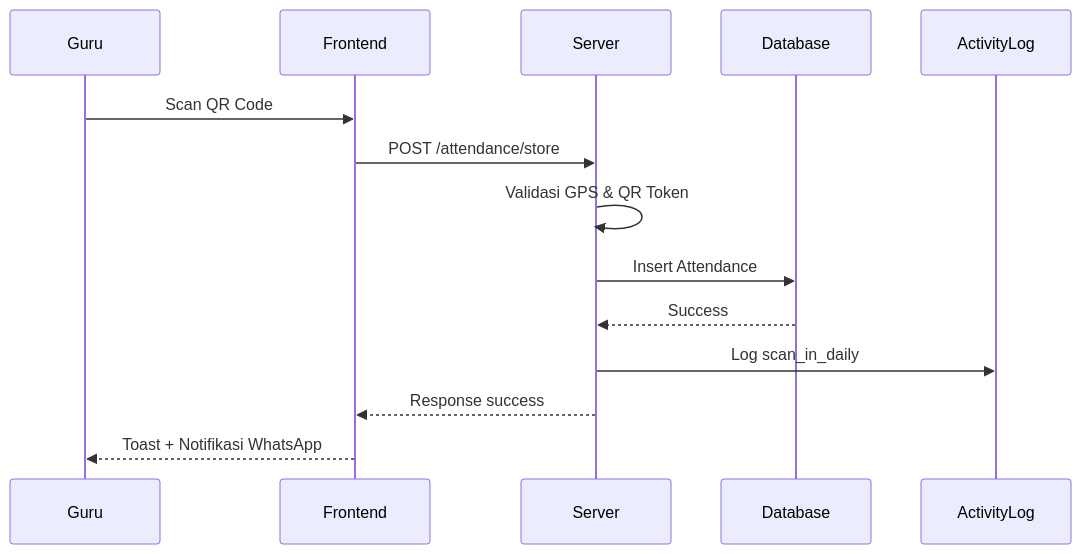
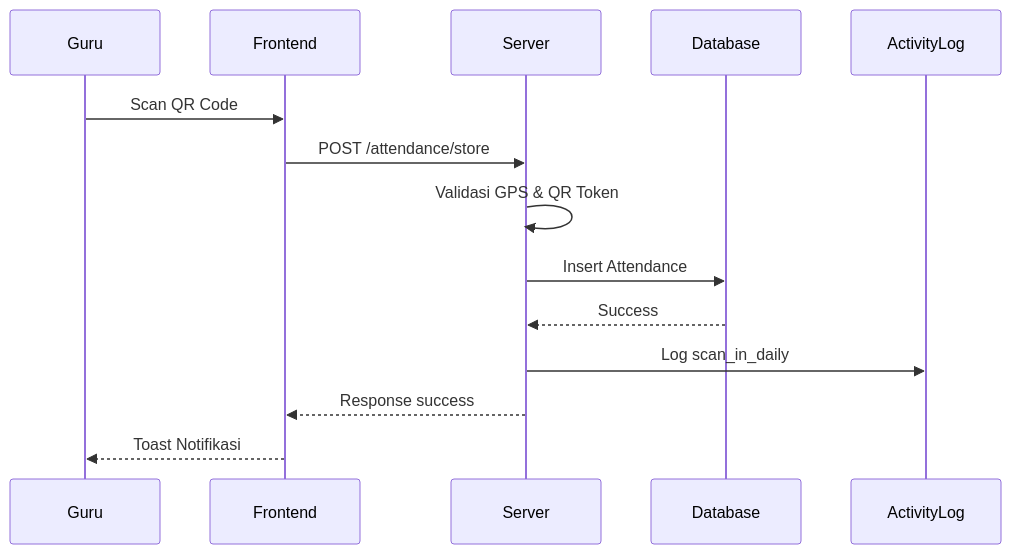
Before and after one commit to vexalyn-dev/presensi-guru-icbct: the second of 3 diagrams in README.md, drawn with Mermaid. The commit also changed other lines of this file, not shown here.

Commit message:
docs: update README v2.3.0 - hapus Vexalyn Center, tambah badge views+stars, fitur APK+ClickUp, support ticket flow diagram

````diff
--- a/README.md
+++ b/README.md
@@ -216,17 +213,17 @@
 ```mermaid
 sequenceDiagram
     participant G as Guru
     participant F as Frontend
     participant S as Server
     participant D as Database
     participant L as ActivityLog
 
     G->>F: Scan QR Code
     F->>S: POST /attendance/store
     S->>S: Validasi GPS & QR Token
     S->>D: Insert Attendance
     D-->>S: Success
     S->>L: Log scan_in_daily
     S-->>F: Response success
-    F-->>G: Toast + Notifikasi WhatsApp
+    F-->>G: Toast Notifikasi
 ```
````
